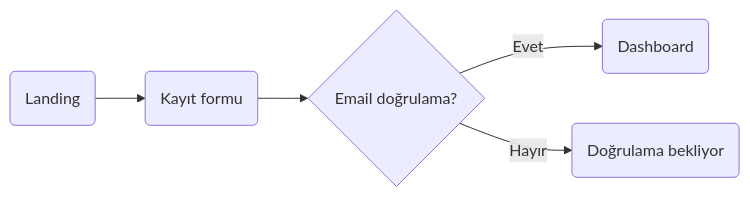
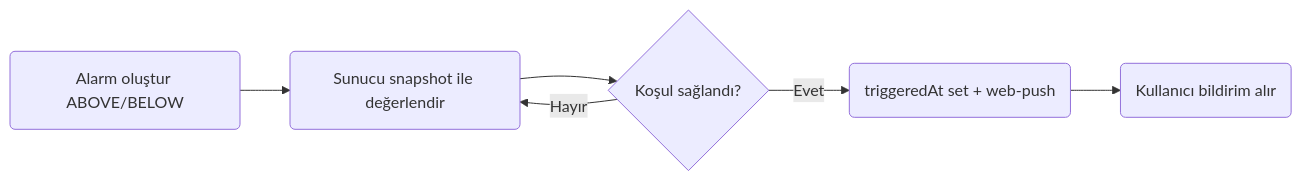
One commit to FKAV64/web-based-progrmming-end-of-year-project changed the seventh of 7 diagrams in PROJE-RAPORU.md. Above: the diagram before and after it, drawn with Mermaid. The commit also changed other lines of this file and 49 other files, not shown here.

````diff
--- a/PROJE-RAPORU.md
+++ b/PROJE-RAPORU.md
@@ -646,7 +1061,8 @@
 ```mermaid
 flowchart LR
-    A(Landing) --> B(Kayıt formu)
-    B --> C{Email doğrulama?}
-    C -->|Evet| D(Dashboard)
-    C -->|Hayır| E(Doğrulama bekliyor)
+    A(Alarm oluştur ABOVE/BELOW) --> B(Sunucu snapshot ile değerlendir)
+    B --> C{Koşul sağlandı?}
+    C -->|Hayır| B
+    C -->|Evet| D(triggeredAt set + web-push)
+    D --> E(Kullanıcı bildirim alır)
 ```
````
